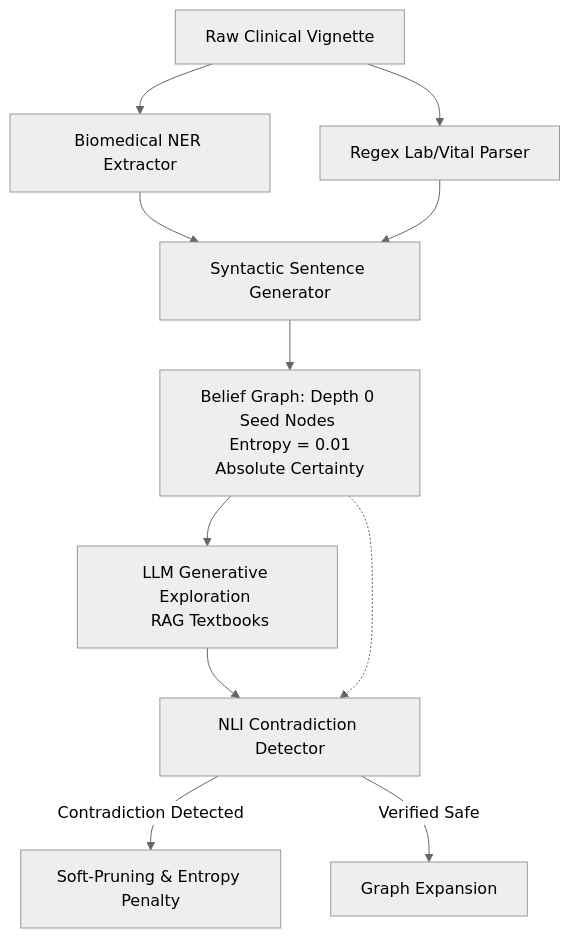
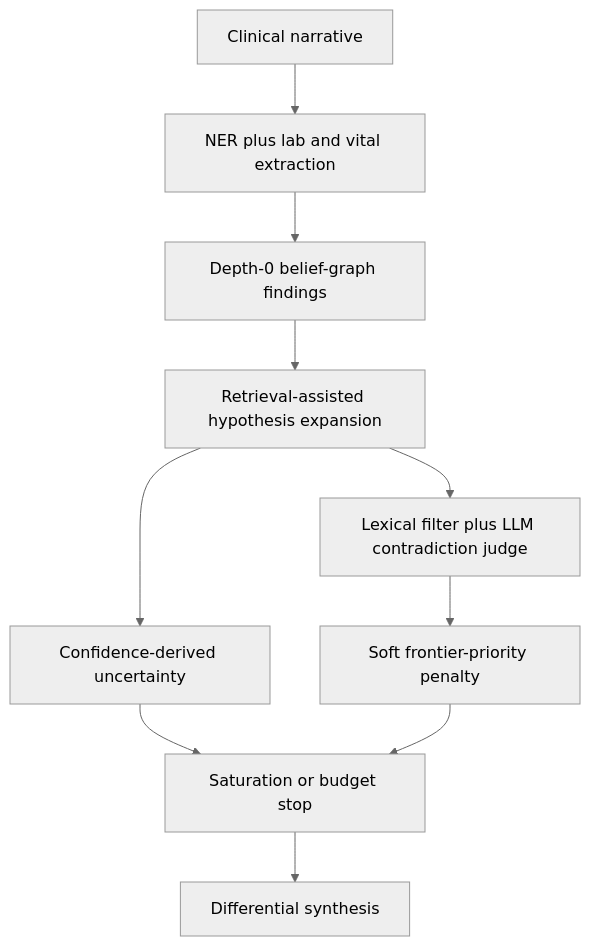
The diagram in Log.md (Theroid00/Apiro), drawn with Mermaid (neutral theme) before and after one commit. The commit also changed other lines of this file and 10 other files, not shown here.

````diff
--- a/Log.md
+++ b/Log.md
@@ -91,13 +102,12 @@
 ```mermaid
 graph TD
-    A[Raw Clinical Vignette] --> B1[Biomedical NER Extractor]
-    A --> B2[Regex Lab/Vital Parser]
-    B1 --> C[Syntactic Sentence Generator]
-    B2 --> C
-    C --> D[Belief Graph: Depth 0 Seed Nodes <br> Entropy = 0.01 Absolute Certainty]
-    D --> E[LLM Generative Exploration <br> RAG Textbooks]
-    E --> F[NLI Contradiction Detector]
-    D -.-> F
-    F -->|Contradiction Detected| G[Soft-Pruning & Entropy Penalty]
-    F -->|Verified Safe| H[Graph Expansion]
+    A[Clinical narrative] --> B[NER plus lab and vital extraction]
+    B --> C[Depth-0 belief-graph findings]
+    C --> D[Retrieval-assisted hypothesis expansion]
+    D --> E[Confidence-derived uncertainty]
+    D --> F[Lexical filter plus LLM contradiction judge]
+    F --> G[Soft frontier-priority penalty]
+    E --> H[Saturation or budget stop]
+    G --> H
+    H --> I[Differential synthesis]
 ```
````
